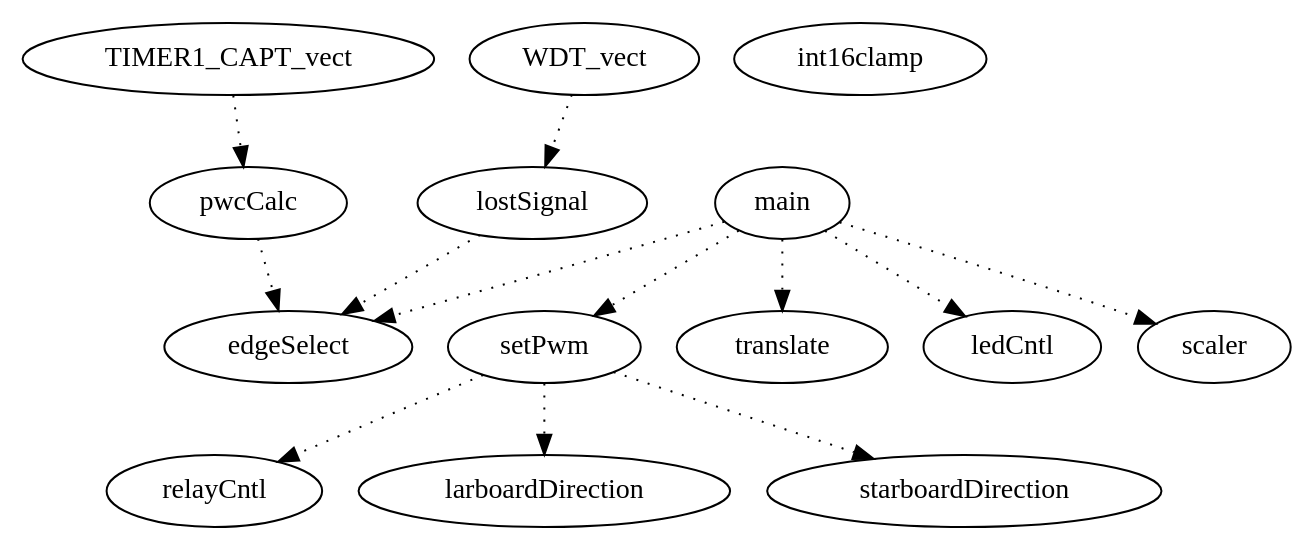
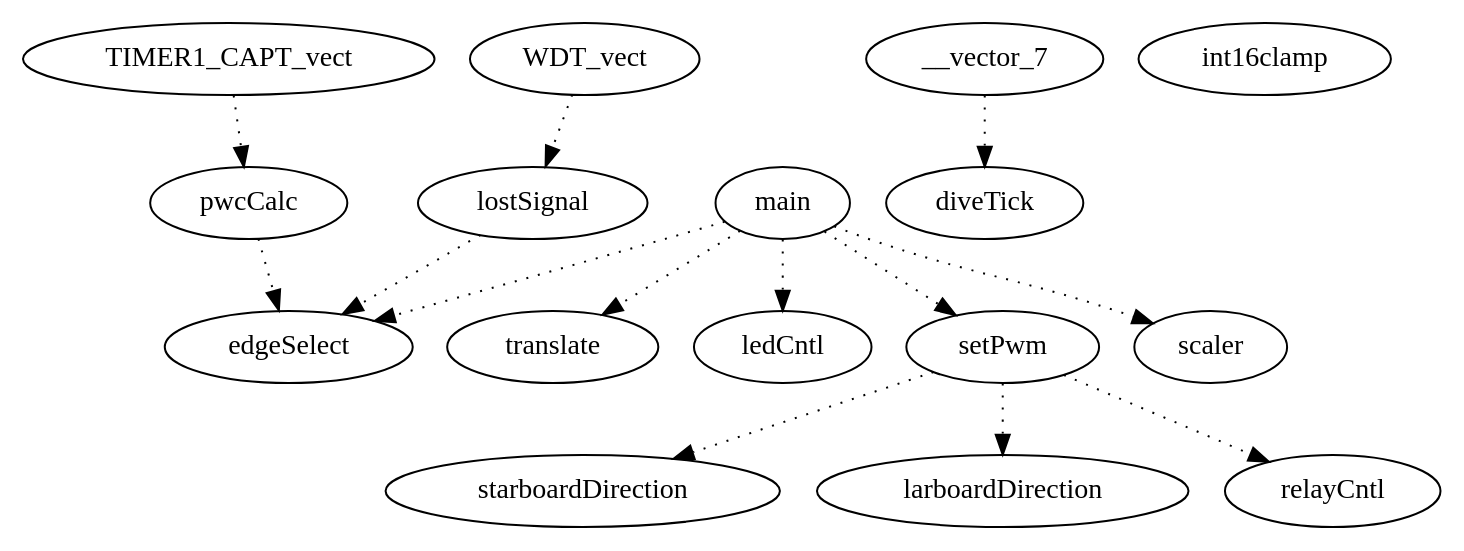
One commit to bjornburton/ChampBot2016 changed the diagram in Firmware/Propulsion/piruett.dot. Above: the diagram before and after it, drawn with Graphviz. The commit also changed 7 other files, not shown here.

Commit message:
added diveTick() framework

```diff
--- a/Firmware/Propulsion/piruett.dot
+++ b/Firmware/Propulsion/piruett.dot
@@ -1,15 +1,16 @@
 digraph callgraph {
 "TIMER1_CAPT_vect" -> "pwcCalc" [style=dotted];
+"main" -> "translate" [style=dotted];
+"main" -> "edgeSelect" [style=dotted];
+"main" -> "ledCntl" [style=dotted];
+"main" -> "setPwm" [style=dotted];
+"main" -> "scaler" [style=dotted];
+"__vector_7" -> "diveTick" [style=dotted];
+"pwcCalc" -> "edgeSelect" [style=dotted];
+"setPwm" -> "starboardDirection" [style=dotted];
+"setPwm" -> "larboardDirection" [style=dotted];
 "setPwm" -> "relayCntl" [style=dotted];
-"setPwm" -> "larboardDirection" [style=dotted];
-"setPwm" -> "starboardDirection" [style=dotted];
+"WDT_vect" -> "lostSignal" [style=dotted];
 "lostSignal" -> "edgeSelect" [style=dotted];
-"pwcCalc" -> "edgeSelect" [style=dotted];
-"WDT_vect" -> "lostSignal" [style=dotted];
-"main" -> "translate" [style=dotted];
-"main" -> "ledCntl" [style=dotted];
-"main" -> "edgeSelect" [style=dotted];
-"main" -> "scaler" [style=dotted];
-"main" -> "setPwm" [style=dotted];
 "int16clamp";
 }
```
